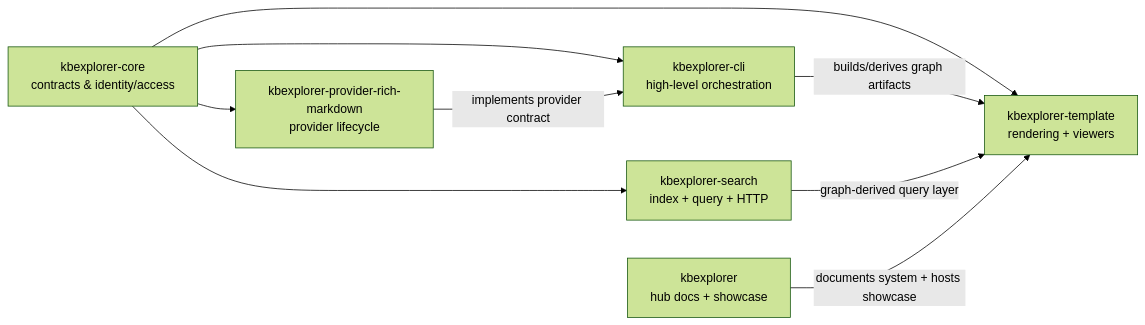
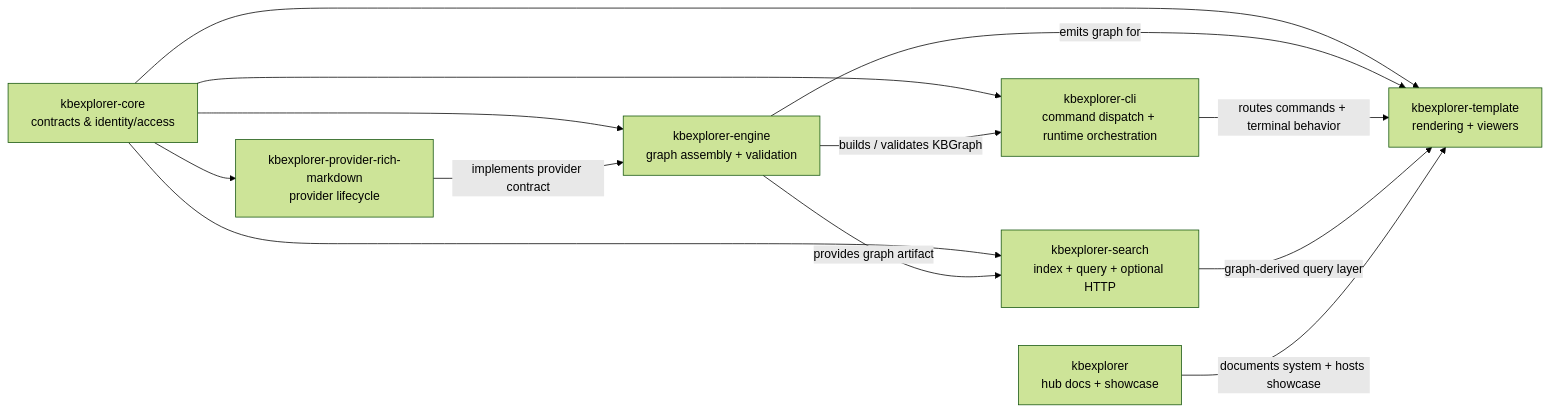
One commit to anokye-labs/kbexplorer changed the first of 7 diagrams in docs/system-guide.md. Above: the diagram before and after it, drawn with Mermaid (forest theme). The commit also changed other lines of this file and 1 other file, not shown here.

Commit message:
docs(system-guide): repair repo topology and search architecture

````diff
--- a/docs/system-guide.md
+++ b/docs/system-guide.md
@@ -52,19 +53,24 @@
 ```mermaid
 flowchart LR
   HUB["kbexplorer\nhub docs + showcase"]
   CORE["kbexplorer-core\ncontracts & identity/access"]
-  CLI["kbexplorer-cli\nhigh-level orchestration"]
-  SEARCH["kbexplorer-search\nindex + query + HTTP"]
+  ENGINE["kbexplorer-engine\ngraph assembly + validation"]
+  CLI["kbexplorer-cli\ncommand dispatch + runtime orchestration"]
+  SEARCH["kbexplorer-search\nindex + query + optional HTTP"]
   RMD["kbexplorer-provider-rich-markdown\nprovider lifecycle"]
   TEMPLATE["kbexplorer-template\nrendering + viewers"]
 
+  CORE --> ENGINE
   CORE --> CLI
   CORE --> SEARCH
   CORE --> RMD
   CORE --> TEMPLATE
 
-  CLI -->|builds/derives graph artifacts| TEMPLATE
-  RMD -->|implements provider contract| CLI
+  ENGINE -->|builds / validates KBGraph| CLI
+  ENGINE -->|provides graph artifact| SEARCH
+  ENGINE -->|emits graph for| TEMPLATE
+  CLI -->|routes commands + terminal behavior| TEMPLATE
+  RMD -->|implements provider contract| ENGINE
   SEARCH -->|graph-derived query layer| TEMPLATE
   HUB -->|documents system + hosts showcase| TEMPLATE
 ```
````
